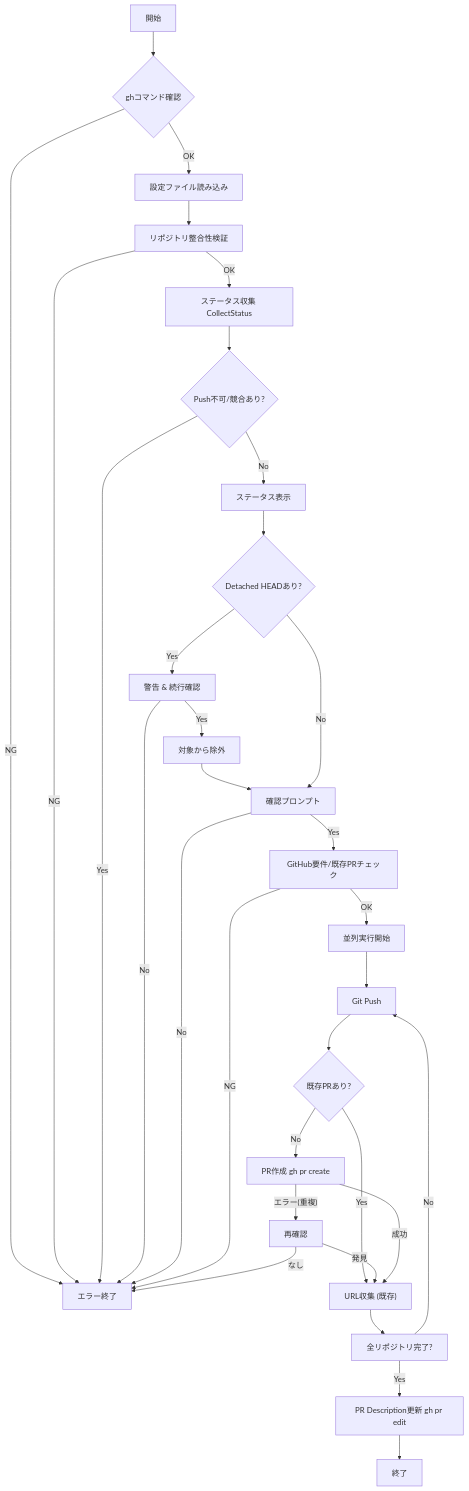
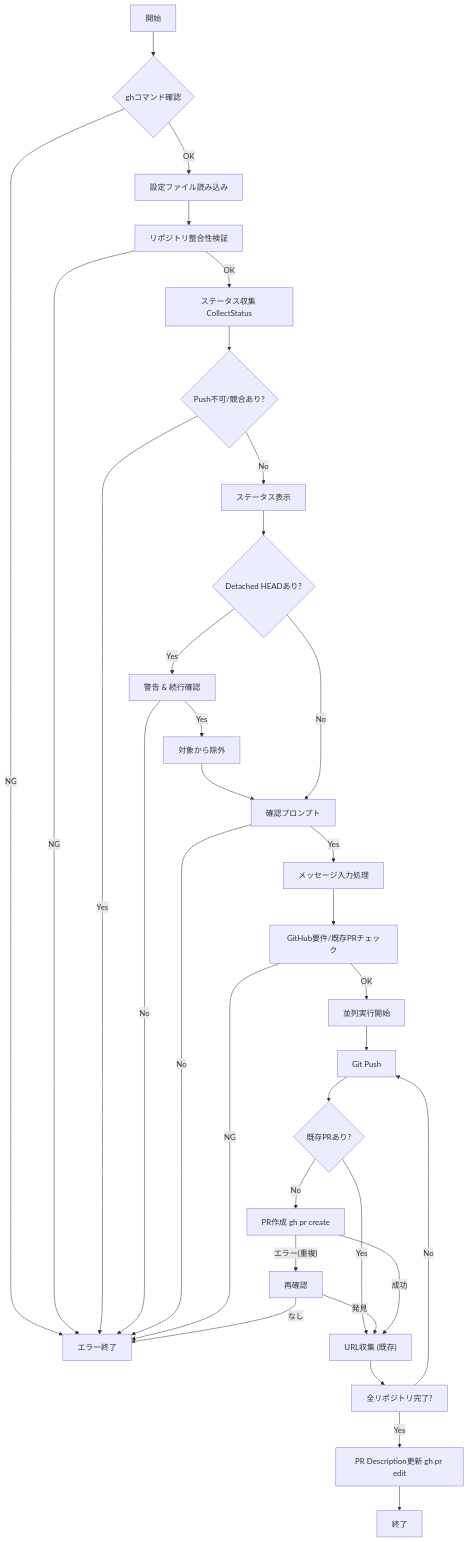
One commit to keiji/mistletoe changed the diagram in docs/internal/app/pr_create.md. Above: the diagram before and after it, drawn with Mermaid. The commit also changed other lines of this file and 2 other files, not shown here.

````diff
--- a/docs/internal/app/pr_create.md
+++ b/docs/internal/app/pr_create.md
@@ -57,34 +66,35 @@
 ```mermaid
 flowchart TD
     A["開始"] --> B{"ghコマンド確認"}
     B -- OK --> C["設定ファイル読み込み"]
     B -- NG --> Z["エラー終了"]
     C --> D["リポジトリ整合性検証"]
     D -- OK --> E["ステータス収集 CollectStatus"]
     D -- NG --> Z
     E --> F{"Push不可/競合あり?"}
     F -- Yes --> Z
     F -- No --> G["ステータス表示"]
     G --> H{"Detached HEADあり?"}
     H -- Yes --> I["警告 & 続行確認"]
     I -- No --> Z
     I -- Yes --> J_EXCL["対象から除外"]
     J_EXCL --> J["確認プロンプト"]
     H -- No --> J
     J -- No --> Z
-    J -- Yes --> K["GitHub要件/既存PRチェック"]
+    J -- Yes --> MSG["メッセージ入力処理"]
+    MSG --> K["GitHub要件/既存PRチェック"]
     K -- NG --> Z
     K -- OK --> L["並列実行開始"]
     L --> M["Git Push"]
     M --> N{"既存PRあり?"}
     N -- Yes --> O["URL収集 (既存)"]
     N -- No --> P["PR作成 gh pr create"]
     P -- "エラー(重複)" --> Q["再確認"]
     Q -- "発見" --> O
     Q -- "なし" --> Z
     P -- "成功" --> O
     O --> R["全リポジトリ完了?"]
     R -- No --> M
     R -- Yes --> S["PR Description更新 gh pr edit"]
     S --> T["終了"]
 ```
````
